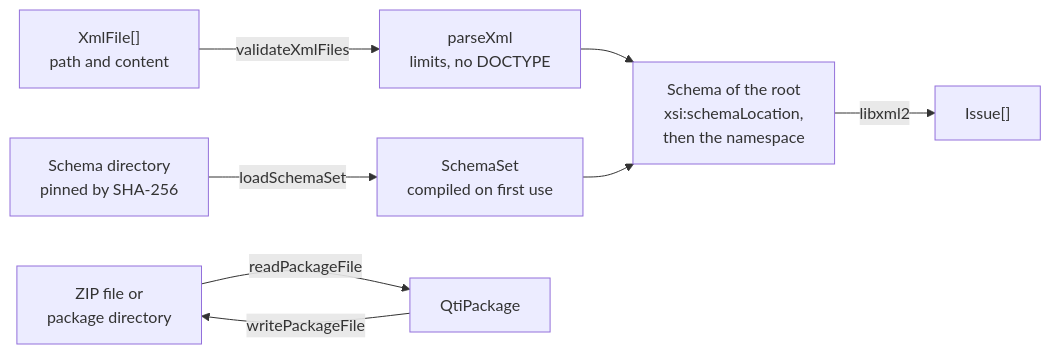
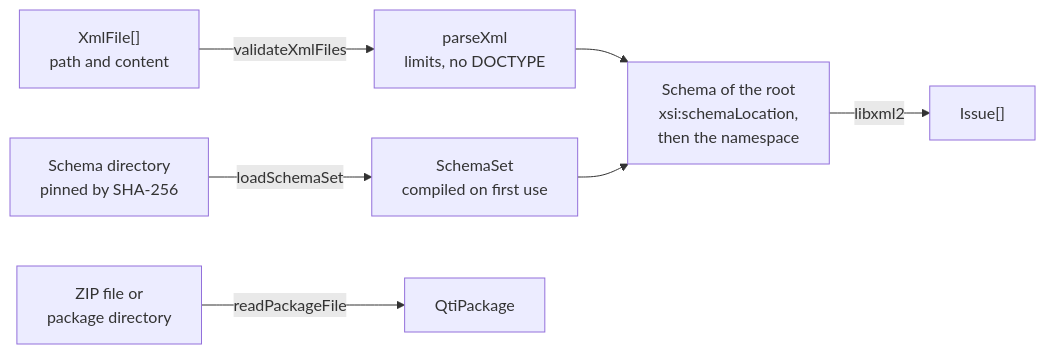
The diagram in docs/runtime/node.md (assesskit/assesskit), drawn with Mermaid before and after one commit. The commit also changed other lines of this file and 14 other files, not shown here.

First line of the commit message:
Drop writePackageFile and PciJson, and make MANIFEST_SCHEMA_VERSION private

````diff
--- a/docs/runtime/node.md
+++ b/docs/runtime/node.md
@@ -7,16 +7,15 @@
 ```mermaid
 flowchart LR
   directory["Schema directory<br/>pinned by SHA-256"]
   set["SchemaSet<br/>compiled on first use"]
   documents["XmlFile[]<br/>path and content"]
   parse["parseXml<br/>limits, no DOCTYPE"]
   select["Schema of the root<br/>xsi:schemaLocation,<br/>then the namespace"]
   issues["Issue[]"]
   directory -- "loadSchemaSet" --> set
   documents -- "validateXmlFiles" --> parse
   parse --> select
   set --> select
   select -- "libxml2" --> issues
   zip["ZIP file or<br/>package directory"] -- "readPackageFile" --> pkg["QtiPackage"]
-  pkg -- "writePackageFile" --> zip
 ```
````
